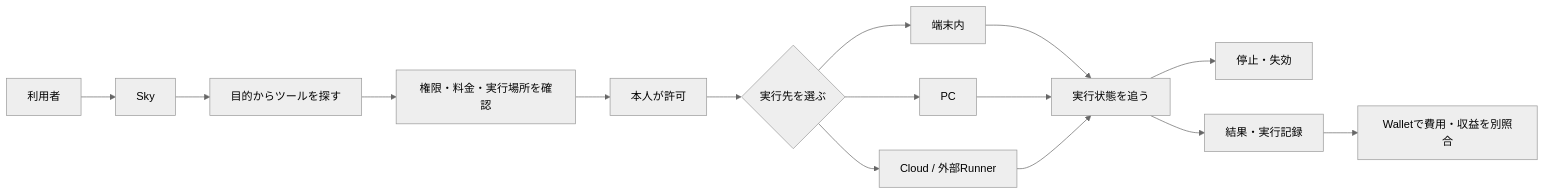
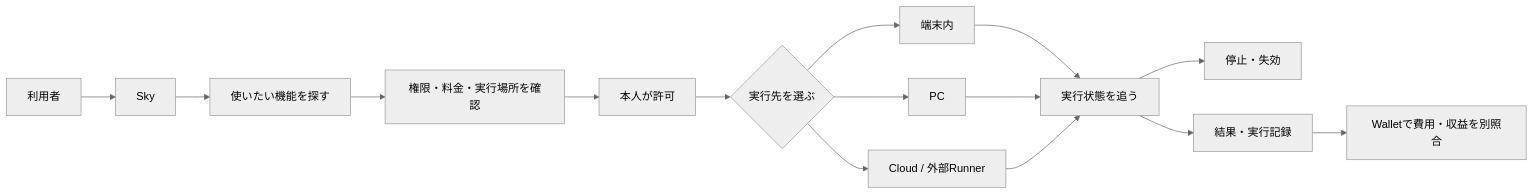
One commit to k999ln/rock changed the diagram in docs/sky.md. Above: the diagram before and after it, drawn with Mermaid (neutral theme). The commit also changed other lines of this file and 18 other files, not shown here.

````diff
--- a/docs/sky.md
+++ b/docs/sky.md
@@ -15,17 +17,17 @@
 ```mermaid
 flowchart LR
   U[利用者] --> S[Sky]
-  S --> F[目的からツールを探す]
+  S --> F[使いたい機能を探す]
   F --> C[権限・料金・実行場所を確認]
   C --> A[本人が許可]
   A --> D{実行先を選ぶ}
   D --> L[端末内]
   D --> P[PC]
   D --> R[Cloud / 外部Runner]
   L --> J[実行状態を追う]
   P --> J
   R --> J
   J --> X[停止・失効]
   J --> O[結果・実行記録]
   O --> W[Walletで費用・収益を別照合]
 ```
````
